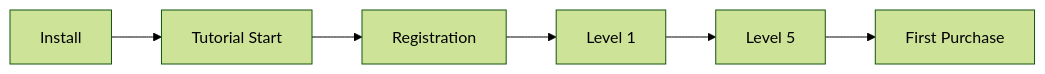
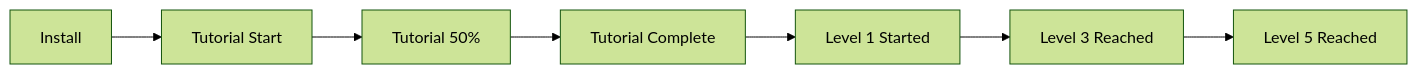
Before and after one commit to sergeyodnoval-bot/sysanalyst-kb.github.io: the third of 4 diagrams in docs/specialization/gamedev-analytics.md, drawn with Mermaid (forest theme). The commit also changed other lines of this file and 7 other files, not shown here.

````diff
--- a/docs/specialization/gamedev-analytics.md
+++ b/docs/specialization/gamedev-analytics.md
@@ -45,8 +154,9 @@
 ```mermaid
 flowchart LR
-    INSTALL["Install"] --> TUTORIAL["Tutorial Start"]
-    TUTORIAL --> REG["Registration"]
-    REG --> L1["Level 1"]
-    L1 --> L5["Level 5"]
-    L5 --> PURCHASE["First Purchase"]
+    INSTALL["Install"] --> TUTORIAL_START["Tutorial Start"]
+    TUTORIAL_START --> TUTORIAL_50["Tutorial 50%"]
+    TUTORIAL_50 --> TUTORIAL_COMPLETE["Tutorial Complete"]
+    TUTORIAL_COMPLETE --> LEVEL1["Level 1 Started"]
+    LEVEL1 --> LEVEL3["Level 3 Reached"]
+    LEVEL3 --> LEVEL5["Level 5 Reached"]
 ```
````
